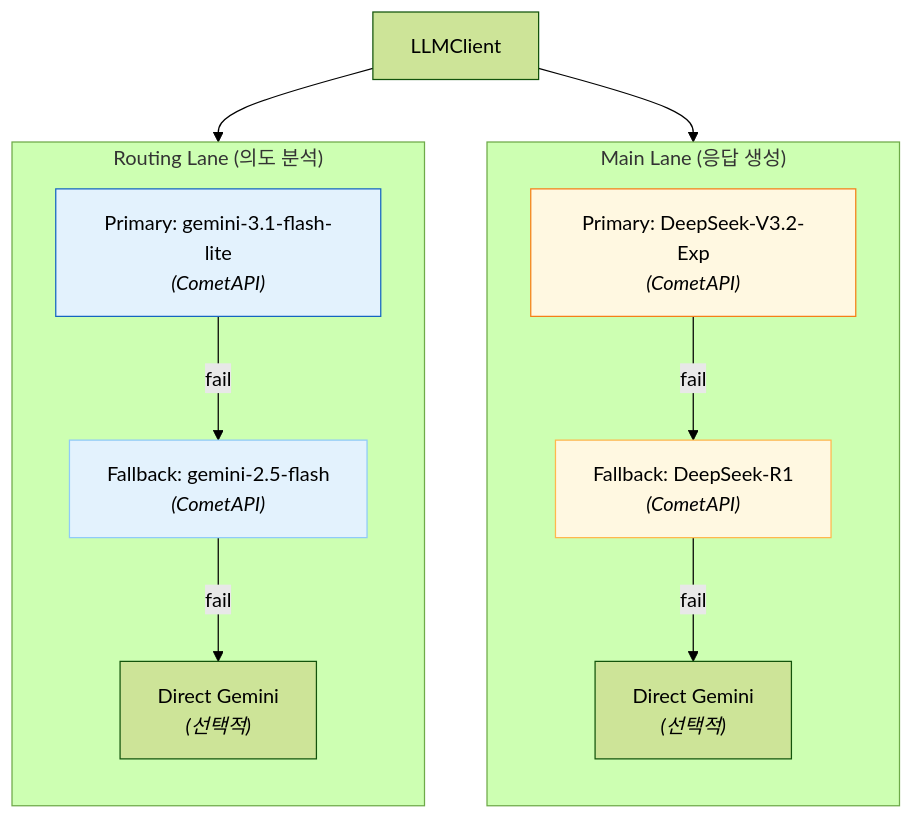
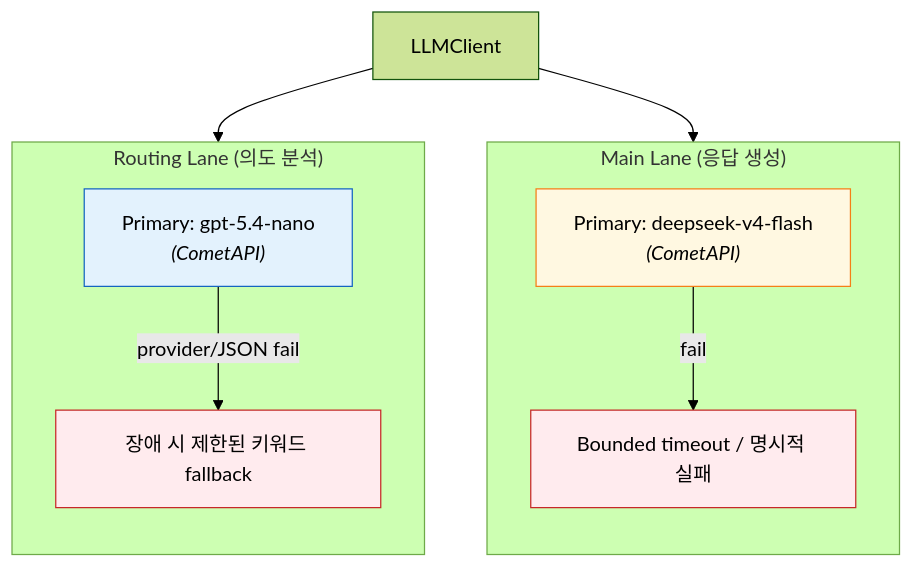
One commit to kim0040/masamong changed the third of 15 diagrams in docs/ARCHITECTURE.ko.md. Above: the diagram before and after it, drawn with Mermaid (forest theme). The commit also changed other lines of this file and 30 other files, not shown here.

````diff
--- a/docs/ARCHITECTURE.ko.md
+++ b/docs/ARCHITECTURE.ko.md
@@ -98,28 +98,24 @@
 ```mermaid
 flowchart TB
     subgraph Routing["Routing Lane (의도 분석)"]
         direction TB
-        RP1["Primary: gemini-3.1-flash-lite<br/><i>(CometAPI)</i>"]
-        RF1["Fallback: gemini-2.5-flash<br/><i>(CometAPI)</i>"]
-        RD1["Direct Gemini<br/><i>(선택적)</i>"]
-        RP1 -->|"fail"| RF1
-        RF1 -->|"fail"| RD1
+        RP1["Primary: gpt-5.4-nano<br/><i>(CometAPI)</i>"]
+        RE["장애 시 제한된 키워드 fallback"]
+        RP1 -->|"provider/JSON fail"| RE
     end
 
     subgraph Main["Main Lane (응답 생성)"]
         direction TB
-        MP1["Primary: DeepSeek-V3.2-Exp<br/><i>(CometAPI)</i>"]
-        MF1["Fallback: DeepSeek-R1<br/><i>(CometAPI)</i>"]
-        MD1["Direct Gemini<br/><i>(선택적)</i>"]
-        MP1 -->|"fail"| MF1
-        MF1 -->|"fail"| MD1
+        MP1["Primary: deepseek-v4-flash<br/><i>(CometAPI)</i>"]
+        ME["Bounded timeout / 명시적 실패"]
+        MP1 -->|"fail"| ME
     end
 
     Caller["LLMClient"] --> Routing
     Caller --> Main
 
     style RP1 fill:#e3f2fd,stroke:#1565c0
     style MP1 fill:#fff8e1,stroke:#f57f17
-    style RF1 fill:#e3f2fd,stroke:#90caf9
-    style MF1 fill:#fff8e1,stroke:#ffb74d
+    style RE fill:#ffebee,stroke:#c62828
+    style ME fill:#ffebee,stroke:#c62828
 ```
````
